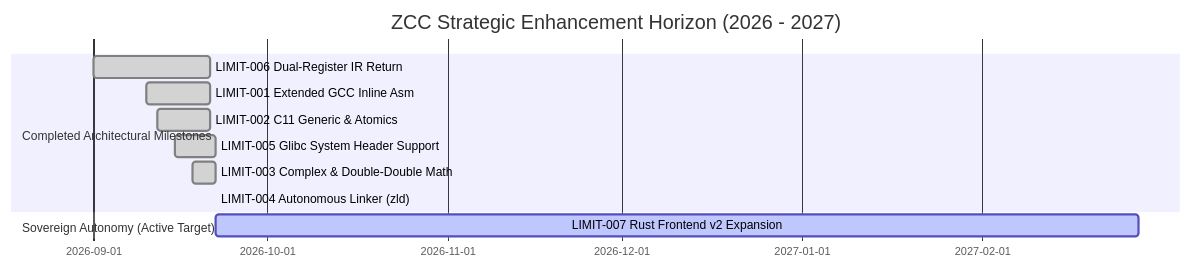
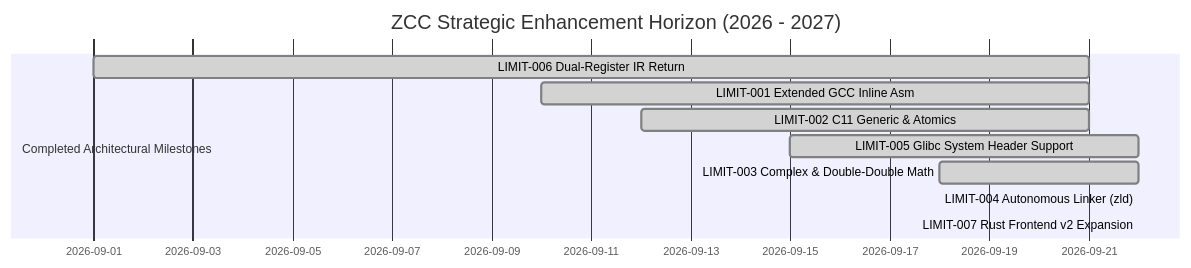
Before and after one commit to invariantzkaedi/zcc-bootstrap-compiler: the diagram in docs/ZCC_LIMITATIONS_AND_GOALS.md, drawn with Mermaid. The commit also changed other lines of this file and 3 other files, not shown here.

````diff
--- a/docs/ZCC_LIMITATIONS_AND_GOALS.md
+++ b/docs/ZCC_LIMITATIONS_AND_GOALS.md
@@ -187,14 +186,13 @@
 ```mermaid
 gantt
     title ZCC Strategic Enhancement Horizon (2026 - 2027)
     dateFormat  YYYY-MM-DD
     section Completed Architectural Milestones
     LIMIT-006 Dual-Register IR Return       :done, 2026-09-01, 2026-09-21
     LIMIT-001 Extended GCC Inline Asm       :done, 2026-09-10, 2026-09-21
     LIMIT-002 C11 Generic & Atomics         :done, 2026-09-12, 2026-09-21
     LIMIT-005 Glibc System Header Support   :done, 2026-09-15, 2026-09-22
     LIMIT-003 Complex & Double-Double Math  :done, 2026-09-18, 2026-09-22
     LIMIT-004 Autonomous Linker (zld)       :done, 2026-09-22, 2026-09-22
-    section Sovereign Autonomy (Active Target)
-    LIMIT-007 Rust Frontend v2 Expansion    :active, 2026-09-22, 2027-02-28
+    LIMIT-007 Rust Frontend v2 Expansion    :done, 2026-09-22, 2026-09-22
 ```
````
